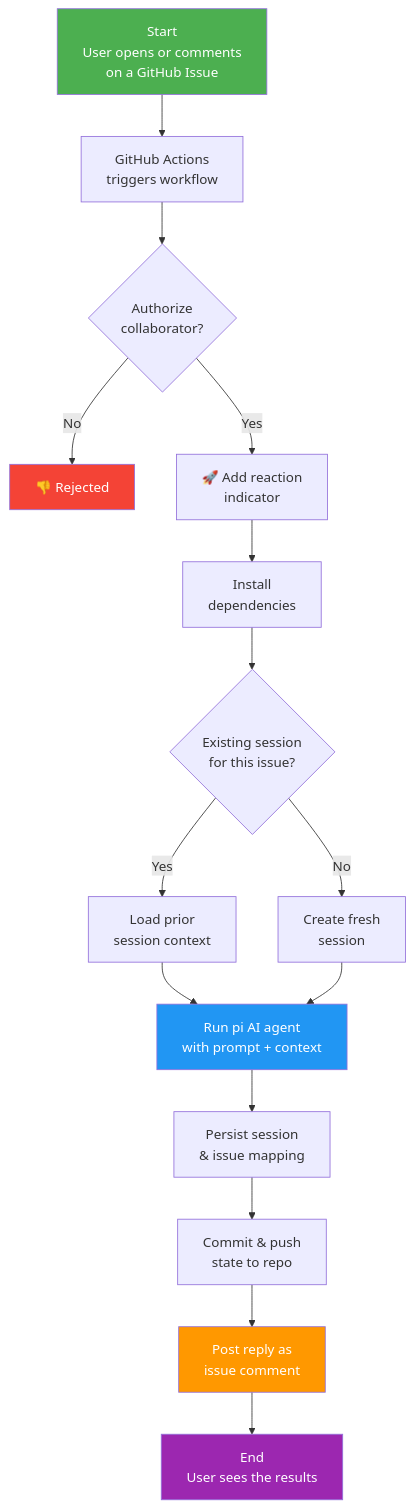
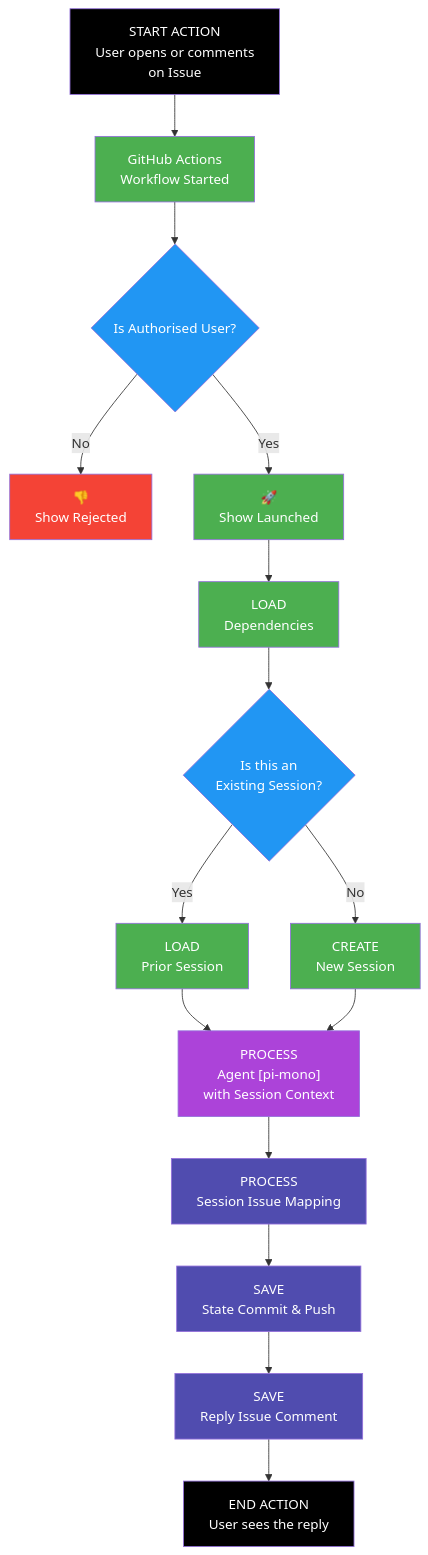
Before and after one commit to japer-technology/github-minimum-intelligence: the diagram in README.md, drawn with Mermaid.

````diff
--- a/README.md
+++ b/README.md
@@ -84,23 +84,32 @@
 ```mermaid
 flowchart TD
-    A["Start<br/>User opens or comments<br/>on a GitHub Issue"] --> B["GitHub Actions<br/>triggers workflow"]
-    B --> C{"Authorize<br/>collaborator?"}
-    C -- No --> D["👎 Rejected"]
-    C -- Yes --> E["🚀 Add reaction<br/>indicator"]
-    E --> F["Install<br/>dependencies"]
-    F --> G{"Existing session<br/>for this issue?"}
-    G -- Yes --> H["Load prior<br/>session context"]
-    G -- No --> I["Create fresh<br/>session"]
-    H --> J["Run pi AI agent<br/>with prompt + context"]
+    A["START ACTION<br/>User opens or comments<br/>on Issue"] --> B["GitHub Actions<br/>Workflow Started"]
+    B --> C{"Is Authorised User?"}
+    C -- No --> D["👎<br/>Show Rejected"]
+    C -- Yes --> E["🚀<br/>Show Launched"]
+    E --> F["LOAD<br/>Dependencies"]
+    F --> G{"Is this an<br/>Existing Session?"}
+    G -- Yes --> H["LOAD<br/>Prior Session"]
+    G -- No --> I["CREATE<br/>New Session"]
+    H --> J["PROCESS<br/>Agent [pi-mono]<br/>with Session Context"]
     I --> J
-    J --> K["Persist session<br/>& issue mapping"]
-    K --> L["Commit & push<br/>state to repo"]
-    L --> M["Post reply as<br/>issue comment"]
-    M --> N["End<br/>User sees the results"]
+    J --> K["PROCESS<br/>Session Issue Mapping"]
+    K --> L["SAVE<br/>State Commit & Push"]
+    L --> M["SAVE<br/>Reply Issue Comment"]
+    M --> N["END ACTION<br/>User sees the reply"]
 
-    style A fill:#4CAF50,color:#fff
-    style J fill:#2196F3,color:#fff
-    style M fill:#FF9800,color:#fff
+    style A fill:#000000,color:#fff
+    style B fill:#4CAF50,color:#fff
+    style C fill:#2196F3,color:#fff
     style D fill:#f44336,color:#fff
-    style N fill:#9C27B0,color:#fff
+    style E fill:#4CAF50,color:#fff
+    style F fill:#4CAF50,color:#fff
+    style G fill:#2196F3,color:#fff
+    style H fill:#4CAF50,color:#fff
+    style I fill:#4CAF50,color:#fff
+    style J fill:#AC43D9,color:#fff
+    style K fill:#504caf,color:#fff
+    style L fill:#504caf,color:#fff
+    style M fill:#504caf,color:#fff
+    style N fill:#000000,color:#fff
 ```
````
